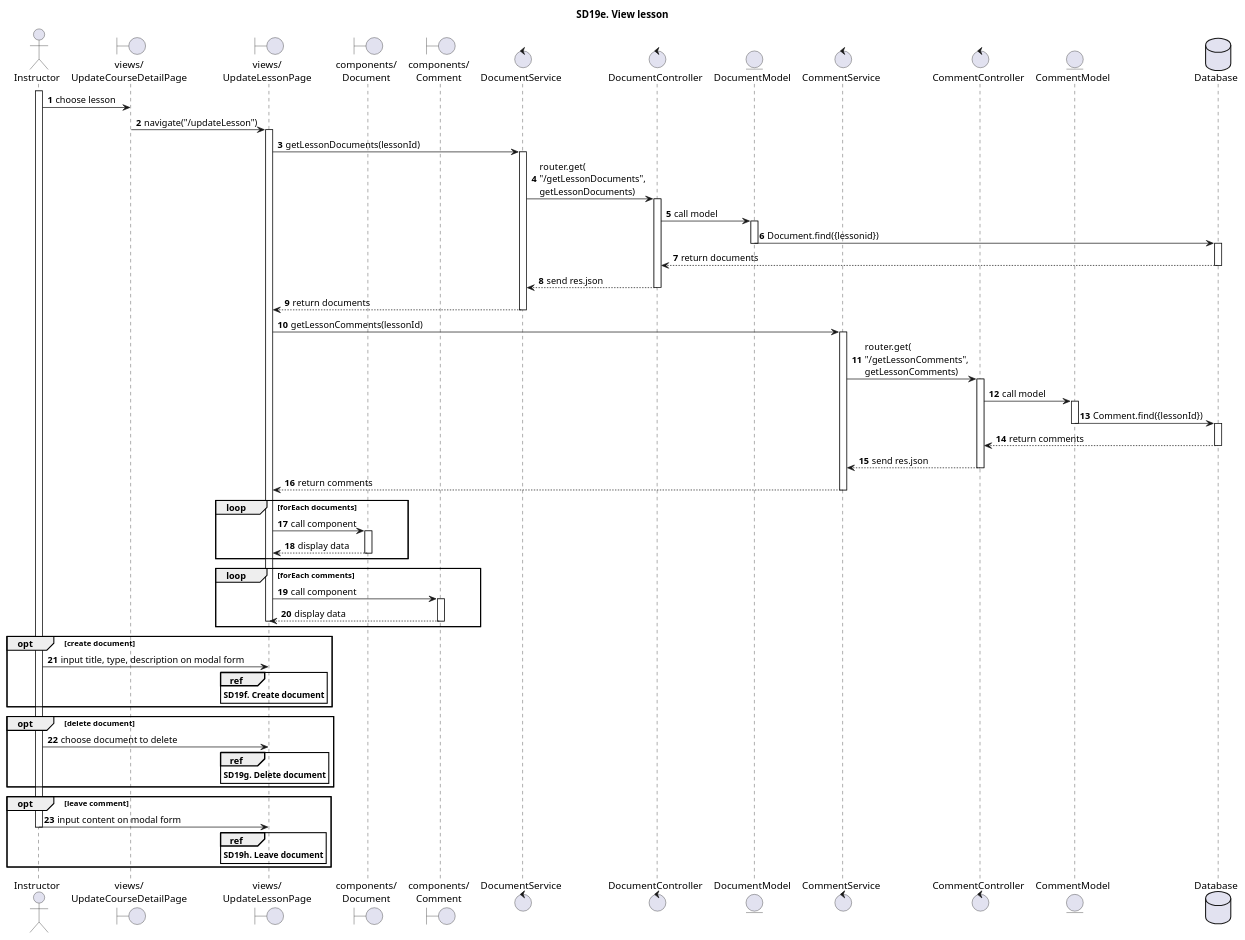
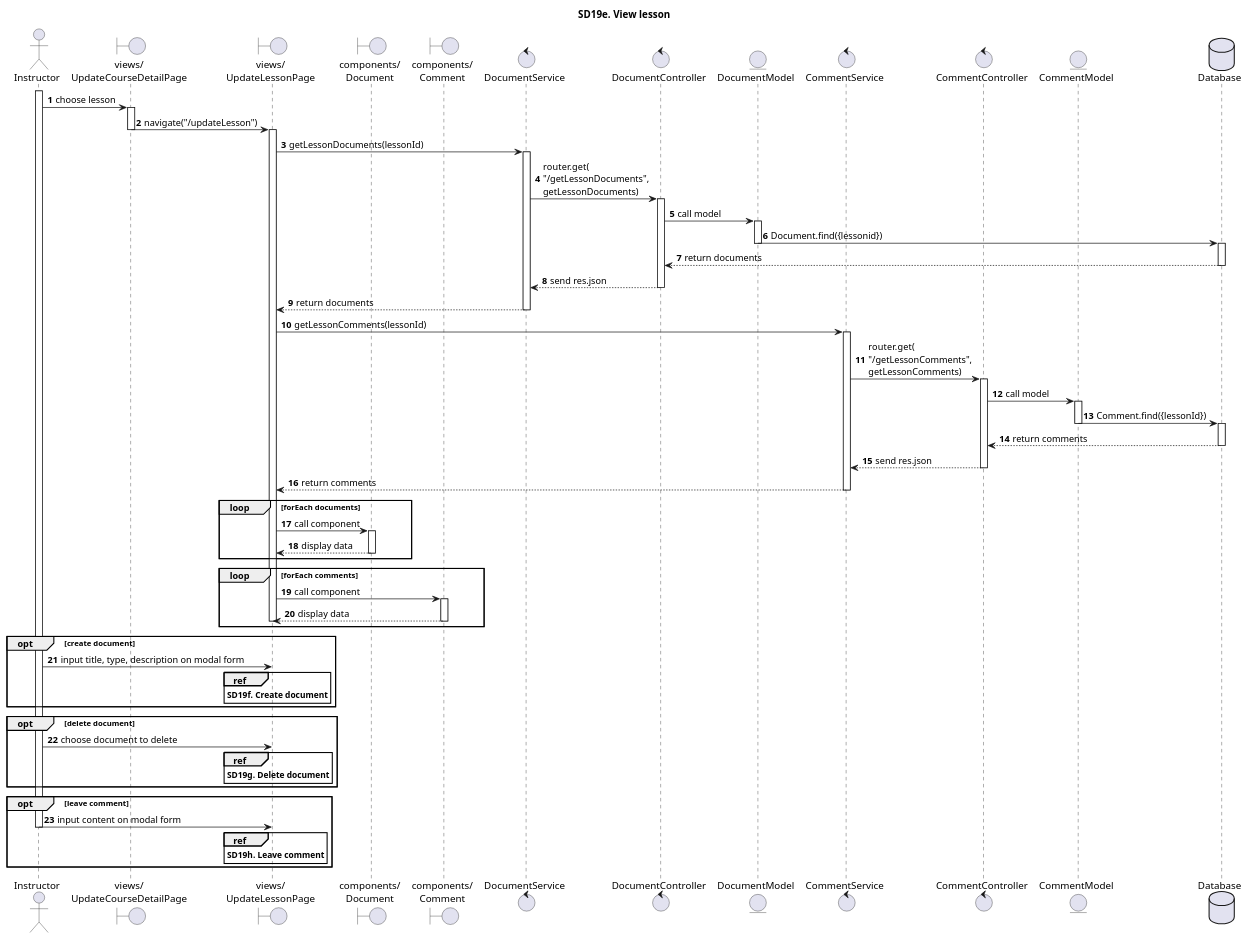
The diagram in SequenceDiagrams/CNPMHDT/sd19e.puml (The-Cookies-Team/UML-Diagrams), drawn with PlantUML before and after one commit. The commit also changed 2 other files, not shown here.

```diff
--- a/SequenceDiagrams/CNPMHDT/sd19e.puml
+++ b/SequenceDiagrams/CNPMHDT/sd19e.puml
@@ -1,89 +1,91 @@
 @startuml SQ
 autonumber
 title SD19e. View lesson
 actor "Instructor" as Actor
 boundary "views/\nUpdateCourseDetailPage" as UpdateCourseDetailPage
 boundary "views/\nUpdateLessonPage" as UpdateLessonPage
 boundary "components/\nDocument" as Document
 boundary "components/\nComment" as Comment
 control "DocumentService"
 control "DocumentController"
 entity "DocumentModel"
 control "CommentService"
 control "CommentController"
 entity "CommentModel"
 database "Database" as Database
 activate Actor
 Actor -> UpdateCourseDetailPage: choose lesson
+activate UpdateCourseDetailPage
 UpdateCourseDetailPage -> UpdateLessonPage: navigate("/updateLesson")
+deactivate UpdateCourseDetailPage
 activate UpdateLessonPage
 UpdateLessonPage -> DocumentService: getLessonDocuments(lessonId)
 activate DocumentService
 DocumentService -> DocumentController: router.get(\n"/getLessonDocuments",\ngetLessonDocuments)
 activate DocumentController
 DocumentController -> DocumentModel: call model
 activate DocumentModel
 DocumentModel -> Database: Document.find({lessonid})
 deactivate DocumentModel
 activate Database
 Database --> DocumentController: return documents
 deactivate Database
 DocumentController --> DocumentService: send res.json
 deactivate DocumentController
 DocumentService --> UpdateLessonPage: return documents
 deactivate DocumentService
 
 UpdateLessonPage -> CommentService: getLessonComments(lessonId)
 activate CommentService
 CommentService -> CommentController: router.get(\n"/getLessonComments",\ngetLessonComments)
 activate CommentController
 CommentController -> CommentModel: call model
 activate CommentModel
 CommentModel -> Database: Comment.find({lessonId})
 deactivate CommentModel
 activate Database
 Database --> CommentController: return comments
 deactivate Database
 CommentController --> CommentService: send res.json
 deactivate CommentController
 CommentService --> UpdateLessonPage: return comments
 deactivate CommentService
 loop forEach documents
 
 UpdateLessonPage -> Document: call component
 activate Document
 Document --> UpdateLessonPage: display data
 deactivate Document
 end
 
 loop forEach comments
 UpdateLessonPage -> Comment: call component
 activate Comment
 Comment --> UpdateLessonPage: display data
 deactivate UpdateLessonPage
 deactivate Comment
 end
 
 opt create document
 Actor -> UpdateLessonPage: input title, type, description on modal form
 ref over UpdateLessonPage
 **SD19f. Create document**
 end ref
 end
 
 opt delete document
 Actor -> UpdateLessonPage: choose document to delete
 ref over UpdateLessonPage
 **SD19g. Delete document**
 end ref
 end
 
 opt leave comment
 Actor -> UpdateLessonPage: input content on modal form
 deactivate Actor
 ref over UpdateLessonPage
-**SD19h. Leave document**
+**SD19h. Leave comment**
 end ref
 end
 
 @enduml
```
